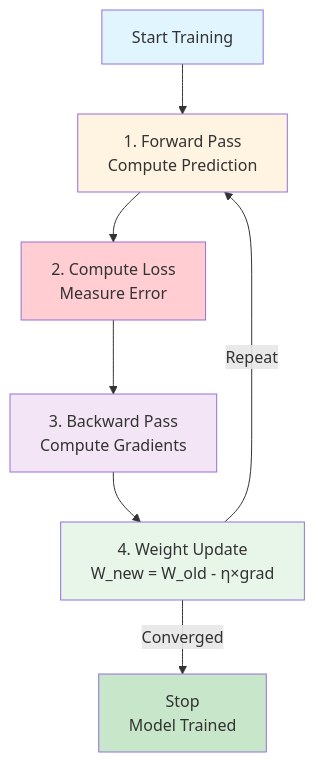
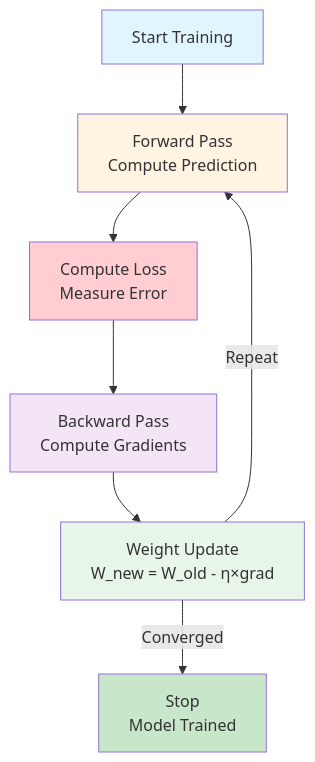
Before and after one commit to rpriyadarshi/toyai: the seventh of 9 diagrams in book/01-neural-network-fundamentals.md, drawn with Mermaid. The commit also changed 13 other files, not shown here.

First line of the commit message:
Convert Mermaid diagrams to SVG and fix layout issues

````diff
--- a/book/01-neural-network-fundamentals.md
+++ b/book/01-neural-network-fundamentals.md
@@ -518,16 +518,16 @@
 ```mermaid
 graph TD
-    Start["Start Training"] --> Forward["1. Forward Pass<br/>Compute Prediction"]
-    Forward --> Loss["2. Compute Loss<br/>Measure Error"]
-    Loss --> Backward["3. Backward Pass<br/>Compute Gradients"]
-    Backward --> Update["4. Weight Update<br/>W_new = W_old - η×grad"]
+    Start["Start Training"] --> Forward["Forward Pass<br/>Compute Prediction"]
+    Forward --> Loss["Compute Loss<br/>Measure Error"]
+    Loss --> Backward["Backward Pass<br/>Compute Gradients"]
+    Backward --> Update["Weight Update<br/>W_new = W_old - η×grad"]
     Update -->|"Repeat"| Forward
     Update -->|"Converged"| Stop["Stop<br/>Model Trained"]
     
     style Start fill:#e1f5ff
     style Forward fill:#fff4e1
     style Loss fill:#ffcdd2
     style Backward fill:#f3e5f5
     style Update fill:#e8f5e9
     style Stop fill:#c8e6c9
 ```
````
